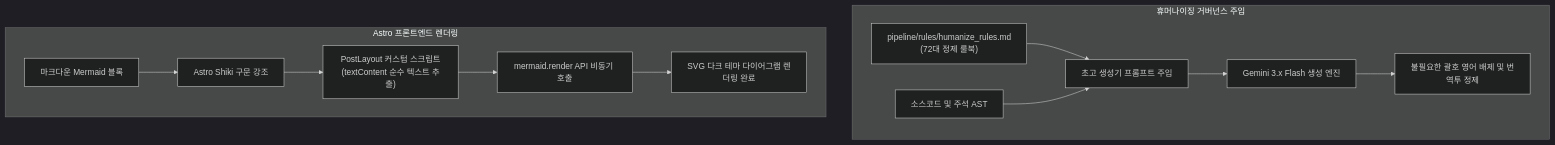
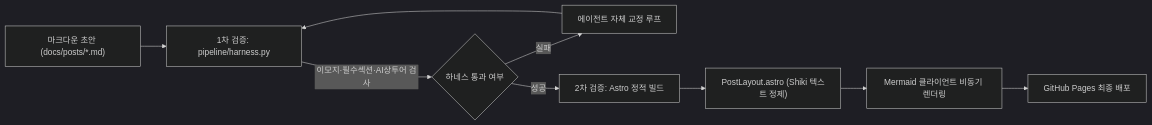
One commit to mmmphyun/security-agent-toolkit changed the diagram in docs/posts/proj-devlog-agent-pipeline-02-troubleshooting-and-humanizing.md. Above: the diagram before and after it, drawn with Mermaid (dark theme). The commit also changed other lines of this file and 7 other files, not shown here.

Commit message:
docs(posts): 1~5일차 실습 및 프로젝트 회고 8종 포스트 전면 재작성 및 하네스 검증 통과

````diff
--- a/docs/posts/proj-devlog-agent-pipeline-02-troubleshooting-and-humanizing.md
+++ b/docs/posts/proj-devlog-agent-pipeline-02-troubleshooting-and-humanizing.md
@@ -56,16 +21,11 @@
 ```mermaid
-flowchart TD
-    subgraph Governance_Pipeline["휴머나이징 거버넌스 주입"]
-        A["pipeline/rules/humanize_rules.md<br>(72대 정제 룰북)"] --> B["초고 생성기 프롬프트 주입"]
-        C["소스코드 및 주석 AST"] --> B
-        B --> D["Gemini 3.x Flash 생성 엔진"]
-        D --> E["불필요한 괄호 영어 배제 및 번역투 정제"]
-    end
-
-    subgraph Client_Rendering_Engine["Astro 프론트엔드 렌더링"]
-        F["마크다운 Mermaid 블록"] --> G["Astro Shiki 구문 강조"]
-        G --> H["PostLayout 커스텀 스크립트<br>(textContent 순수 텍스트 추출)"]
-        H --> I["mermaid.render API 비동기 호출"]
-        I --> J["SVG 다크 테마 다이어그램 렌더링 완료"]
-    end
+flowchart LR
+    A["마크다운 초안 (docs/posts/*.md)"] --> B["1차 검증: pipeline/harness.py"]
+    B -->|이모지·필수섹션·AI상투어 검사| C{"하네스 통과 여부"}
+    C -->|실패| D["에이전트 자체 교정 루프"]
+    D --> B
+    C -->|성공| E["2차 검증: Astro 정적 빌드"]
+    E --> F["PostLayout.astro (Shiki 텍스트 정제)"]
+    F --> G["Mermaid 클라이언트 비동기 렌더링"]
+    G --> H["GitHub Pages 최종 배포"]
 ```
````
